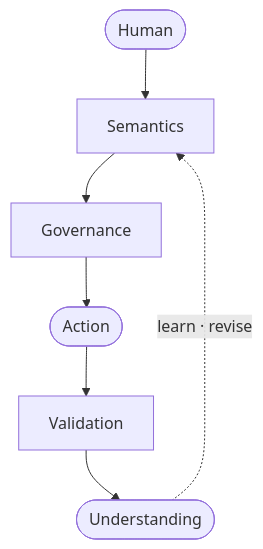
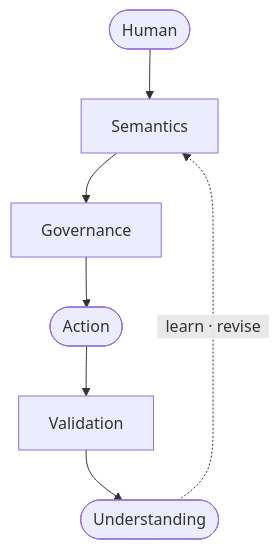
Before and after one commit to zachshallbetter/zachshallbetter: the diagram in README.md, drawn with Mermaid.

Commit message:
Add visible padding to feedback label

````diff
--- a/README.md
+++ b/README.md
@@ -19,9 +19,9 @@
 ```mermaid
 flowchart TB
     H(["Human"]) --> M["Semantics"]
     M --> G["Governance"]
     G --> A(["Action"])
     A --> V["Validation"]
     V --> U(["Understanding"])
-    U -. "  learn · revise  " .-> M
+    U -. "&nbsp;&nbsp;learn · revise&nbsp;&nbsp;" .-> M
 ```
````
